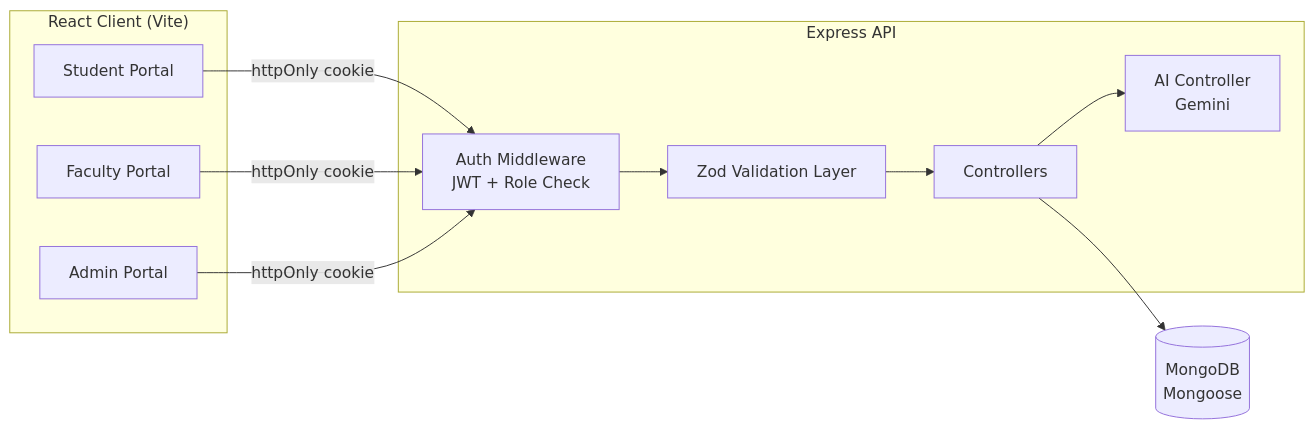
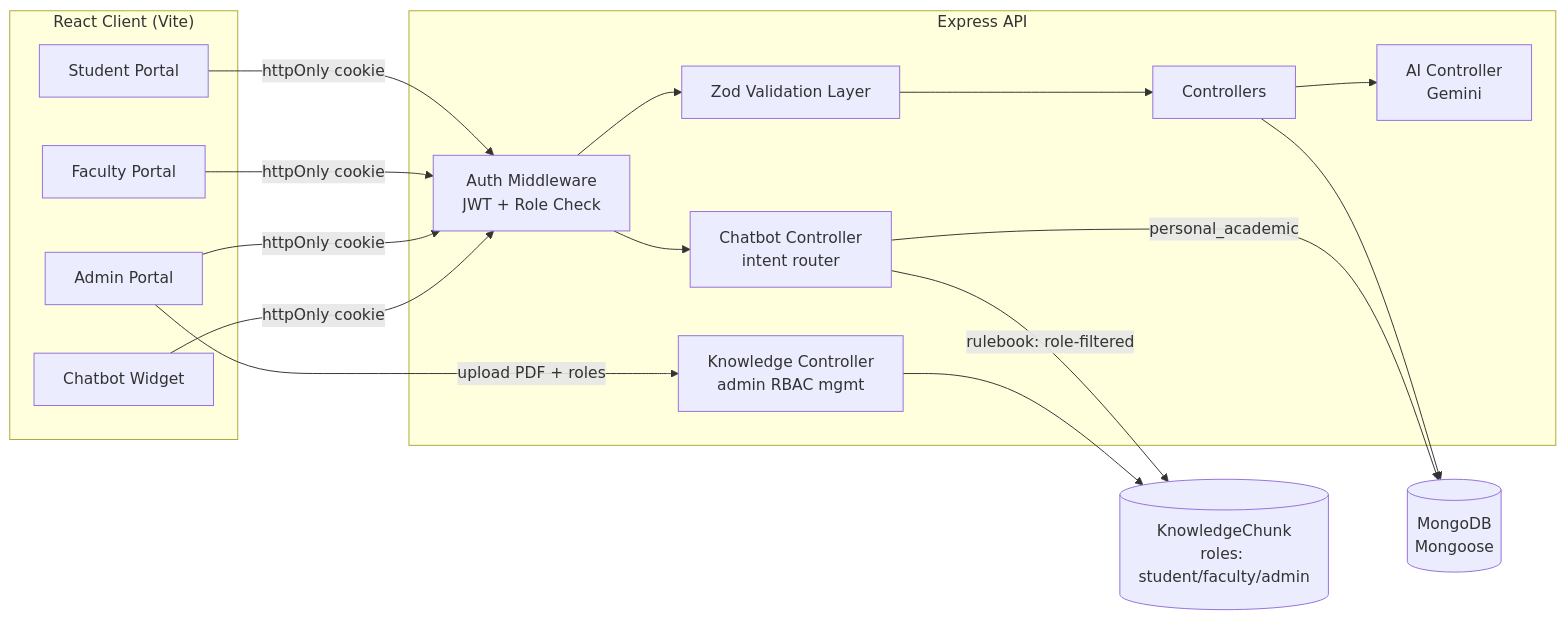
One commit to manjeet26164/Student-Management-System- changed the diagram in README.md. Above: the diagram before and after it, drawn with Mermaid. The commit also changed other lines of this file, not shown here.

````diff
--- a/README.md
+++ b/README.md
@@ -21,24 +21,34 @@
 ```mermaid
 flowchart LR
     subgraph Client["React Client (Vite)"]
         A[Student Portal]
         B[Faculty Portal]
         C[Admin Portal]
+        W[Chatbot Widget]
     end
 
     subgraph Server["Express API"]
         D[Auth Middleware<br/>JWT + Role Check]
         E[Zod Validation Layer]
         F[Controllers]
         G[AI Controller<br/>Gemini]
+        I[Chatbot Controller<br/>intent router]
+        K[Knowledge Controller<br/>admin RBAC mgmt]
     end
 
     H[(MongoDB<br/>Mongoose)]
+    KC[(KnowledgeChunk<br/>roles: student/faculty/admin)]
 
     A -->|httpOnly cookie| D
     B -->|httpOnly cookie| D
     C -->|httpOnly cookie| D
+    W -->|httpOnly cookie| D
     D --> E --> F
     F --> H
     F --> G
+    D --> I
+    I -->|rulebook: role-filtered| KC
+    I -->|personal_academic| H
+    C -->|upload PDF + roles| K
+    K --> KC
 ```
````
